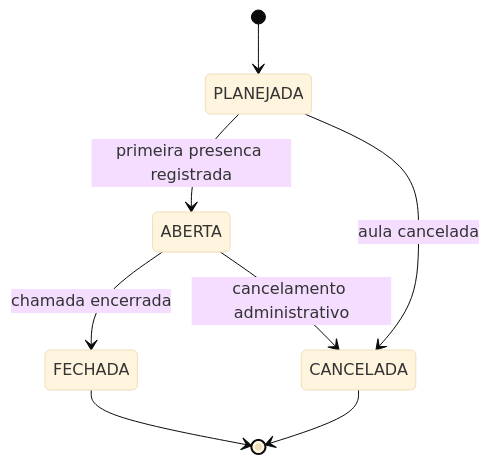
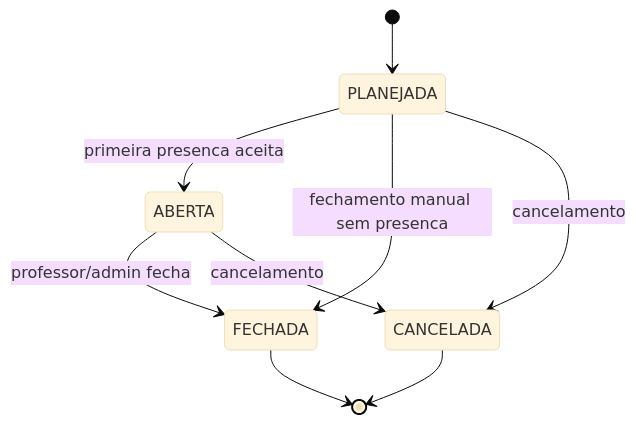
Before and after one commit to DanielKGM/autoponto: the tenth of 12 diagrams in autoponto-backend/docs/diagramas-tcc.md, drawn with Mermaid (base theme). The commit also changed other lines of this file and 46 other files, not shown here.

````diff
--- a/autoponto-backend/docs/diagramas-tcc.md
+++ b/autoponto-backend/docs/diagramas-tcc.md
@@ -319,10 +282,11 @@
 ```mermaid
 stateDiagram-v2
     [*] --> PLANEJADA
-    PLANEJADA --> ABERTA: primeira presenca registrada
-    ABERTA --> FECHADA: chamada encerrada
-    PLANEJADA --> CANCELADA: aula cancelada
-    ABERTA --> CANCELADA: cancelamento administrativo
+    PLANEJADA --> ABERTA: primeira presenca aceita
+    ABERTA --> FECHADA: professor/admin fecha
+    PLANEJADA --> FECHADA: fechamento manual sem presenca
+    PLANEJADA --> CANCELADA: cancelamento
+    ABERTA --> CANCELADA: cancelamento
     FECHADA --> [*]
     CANCELADA --> [*]
 ```
````
